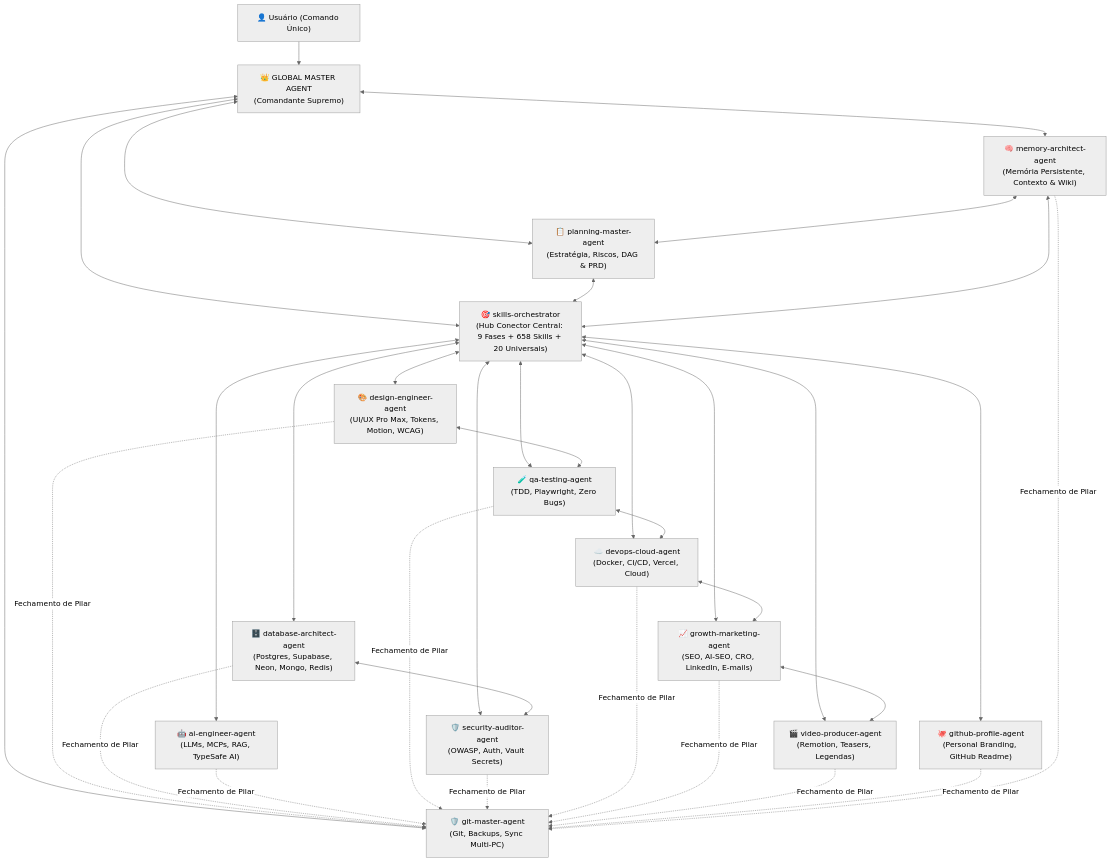
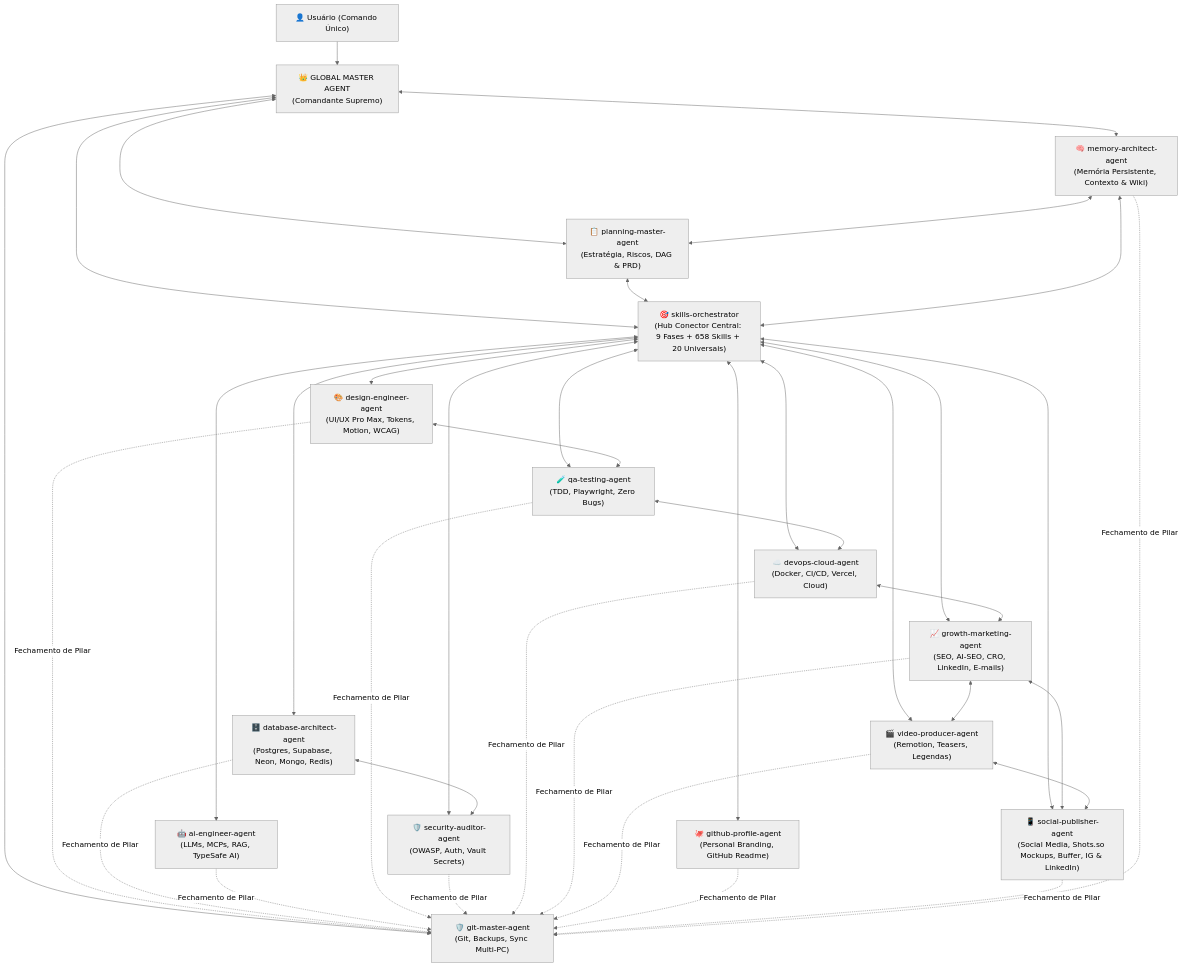
One commit to Henrique1601/SkiilsToIAs changed the first of 2 diagrams in custom-agents/global-master-agent/SKILL.md. Above: the diagram before and after it, drawn with Mermaid (neutral theme). The commit also changed other lines of this file and 5 other files, not shown here.

Commit message:
feat(agents): criar social-publisher-agent para geracao de mockups, capturas e publicacao no Instagram e LinkedIn via Buffer

````diff
--- a/custom-agents/global-master-agent/SKILL.md
+++ b/custom-agents/global-master-agent/SKILL.md
@@ -70,41 +70,45 @@
 ```mermaid
 flowchart TD
     User["👤 Usuário (Comando Único)"] --> GMA["👑 GLOBAL MASTER AGENT<br/>(Comandante Supremo)"]
     
     GMA <--> PLAN["📋 planning-master-agent<br/>(Estratégia, Riscos, DAG & PRD)"]
     GMA <--> MEM["🧠 memory-architect-agent<br/>(Memória Persistente, Contexto & Wiki)"]
     GMA <--> ORCH["🎯 skills-orchestrator<br/>(Hub Conector Central: 9 Fases + 658 Skills + 20 Universais)"]
     GMA <--> GIT["🛡️ git-master-agent<br/>(Git, Backups, Sync Multi-PC)"]
 
     PLAN <--> ORCH
     MEM <--> ORCH
     MEM <--> PLAN
 
     ORCH <--> UI["🎨 design-engineer-agent<br/>(UI/UX Pro Max, Tokens, Motion, WCAG)"]
     ORCH <--> DB["🗄️ database-architect-agent<br/>(Postgres, Supabase, Neon, Mongo, Redis)"]
     ORCH <--> AI["🤖 ai-engineer-agent<br/>(LLMs, MCPs, RAG, TypeSafe AI)"]
     ORCH <--> QA["🧪 qa-testing-agent<br/>(TDD, Playwright, Zero Bugs)"]
     ORCH <--> SEC["🛡️ security-auditor-agent<br/>(OWASP, Auth, Vault Secrets)"]
     ORCH <--> CLOUD["☁️ devops-cloud-agent<br/>(Docker, CI/CD, Vercel, Cloud)"]
     ORCH <--> GROWTH["📈 growth-marketing-agent<br/>(SEO, AI-SEO, CRO, LinkedIn, E-mails)"]
     ORCH <--> VIDEO["🎬 video-producer-agent<br/>(Remotion, Teasers, Legendas)"]
     ORCH <--> PROFILE["🐙 github-profile-agent<br/>(Personal Branding, GitHub Readme)"]
+    ORCH <--> SOCIAL["📱 social-publisher-agent<br/>(Social Media, Shots.so Mockups, Buffer, IG & LinkedIn)"]
 
     DB <--> SEC
     UI <--> QA
     QA <--> CLOUD
     CLOUD <--> GROWTH
     GROWTH <--> VIDEO
+    GROWTH <--> SOCIAL
+    VIDEO <--> SOCIAL
 
     %% Portão Obrigatório Final
     UI -.->|Fechamento de Pilar| GIT
     DB -.->|Fechamento de Pilar| GIT
     AI -.->|Fechamento de Pilar| GIT
     QA -.->|Fechamento de Pilar| GIT
     SEC -.->|Fechamento de Pilar| GIT
     CLOUD -.->|Fechamento de Pilar| GIT
     GROWTH -.->|Fechamento de Pilar| GIT
     VIDEO -.->|Fechamento de Pilar| GIT
     PROFILE -.->|Fechamento de Pilar| GIT
+    SOCIAL -.->|Fechamento de Pilar| GIT
     MEM -.->|Fechamento de Pilar| GIT
 ```
````
